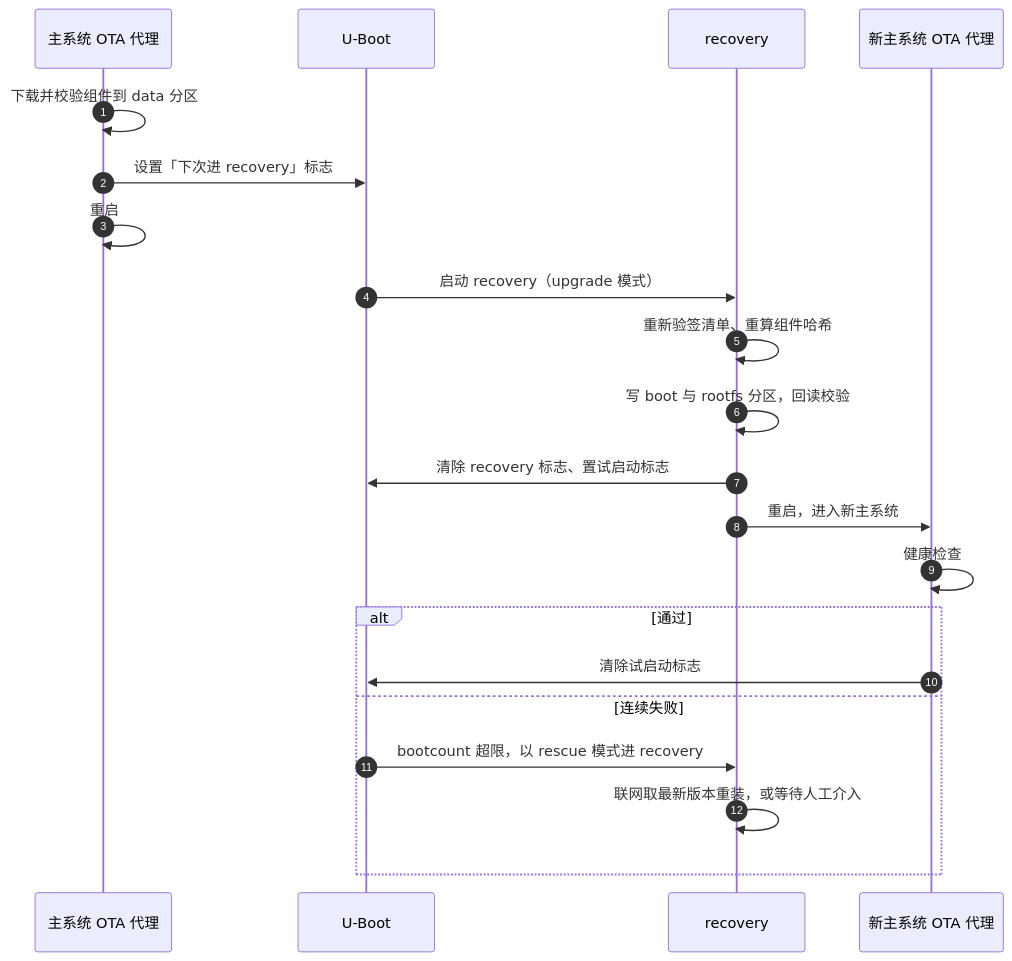
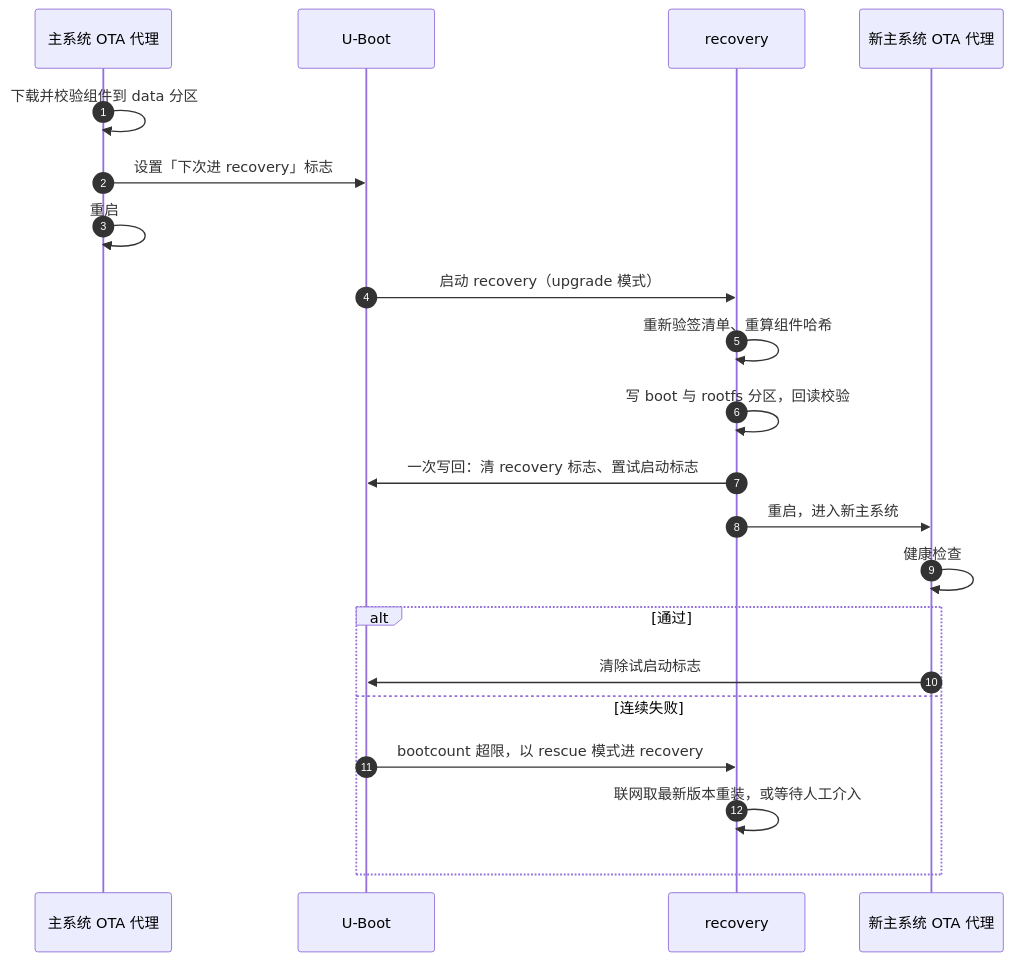
Before and after one commit to guoyulong1/horizon-ota: the fourth of 4 diagrams in docs/OTA.md, drawn with Mermaid. The commit also changed other lines of this file, not shown here.

First line of the commit message:
docs(OTA): update OTA documentation to clarify platform assumptions and recovery capabilities

````diff
--- a/docs/OTA.md
+++ b/docs/OTA.md
@@ -589,23 +729,23 @@
 ```mermaid
 sequenceDiagram
     autonumber
     participant M as 主系统 OTA 代理
     participant U as U-Boot
     participant R as recovery
     participant N as 新主系统 OTA 代理
     M->>M: 下载并校验组件到 data 分区
     M->>U: 设置「下次进 recovery」标志
     M->>M: 重启
     U->>R: 启动 recovery（upgrade 模式）
     R->>R: 重新验签清单、重算组件哈希
     R->>R: 写 boot 与 rootfs 分区，回读校验
-    R->>U: 清除 recovery 标志、置试启动标志
+    R->>U: 一次写回：清 recovery 标志、置试启动标志
     R->>N: 重启，进入新主系统
     N->>N: 健康检查
     alt 通过
         N->>U: 清除试启动标志
     else 连续失败
         U->>R: bootcount 超限，以 rescue 模式进 recovery
         R->>R: 联网取最新版本重装，或等待人工介入
     end
 ```
````
